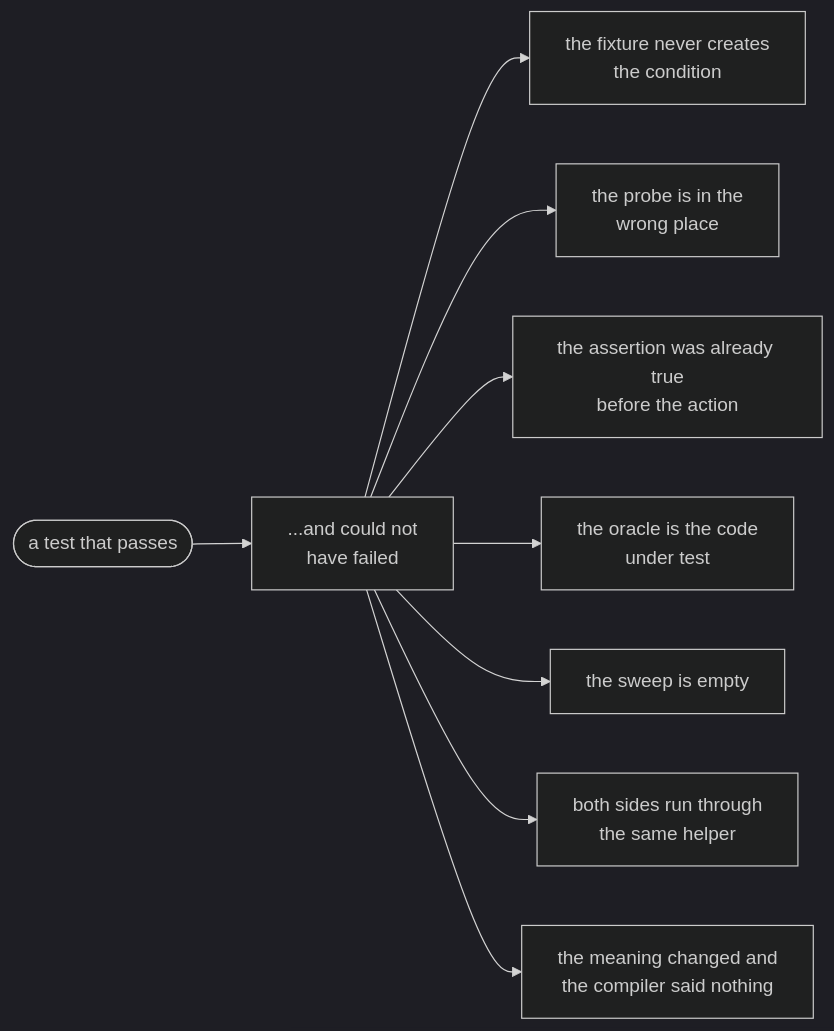
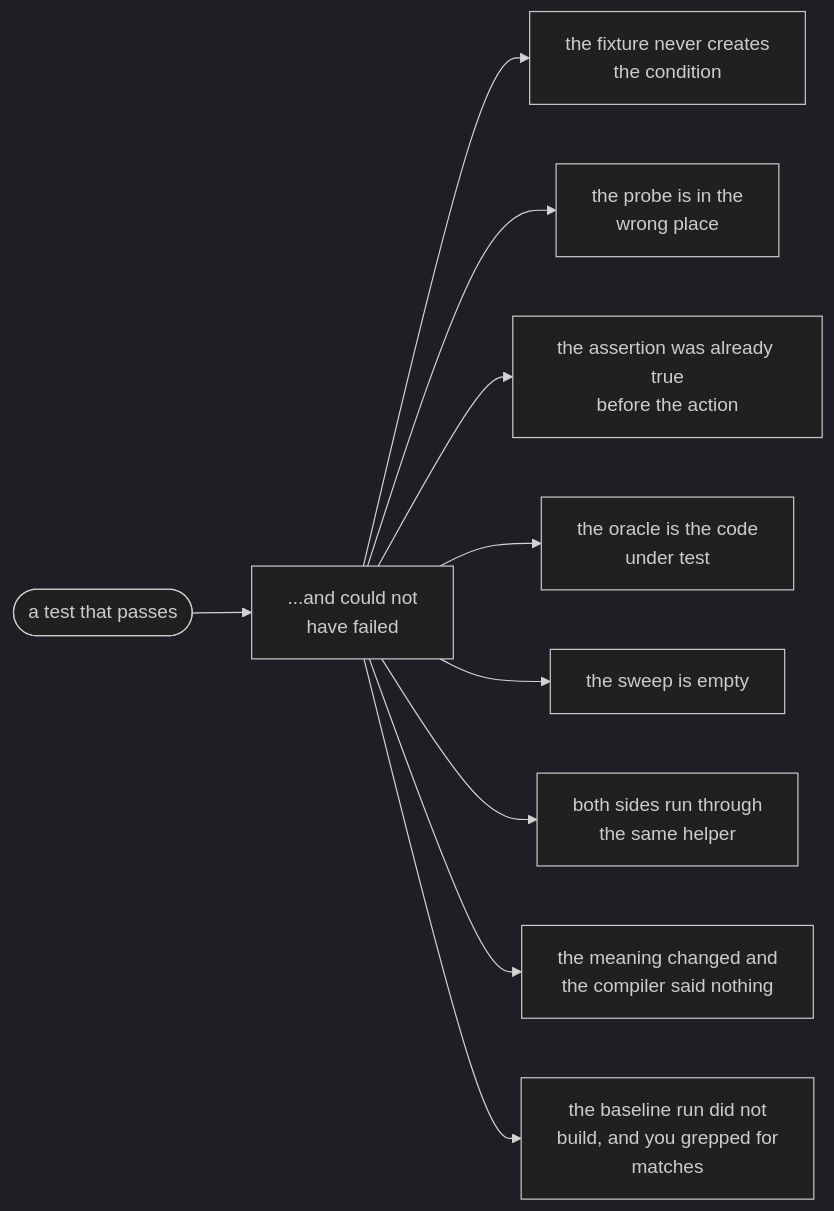
One commit to panyam/agni changed the third of 3 diagrams in docsite/content/build/evidence.md. Above: the diagram before and after it, drawn with Mermaid (dark theme). The commit also changed other lines of this file and 4 other files, not shown here.

````diff
--- a/docsite/content/build/evidence.md
+++ b/docsite/content/build/evidence.md
@@ -140,11 +157,12 @@
 ```mermaid
 flowchart LR
     G(["a test that passes"]) --> W["...and could not<br/>have failed"]
     W --> A["the fixture never creates<br/>the condition"]
     W --> B["the probe is in the<br/>wrong place"]
     W --> C["the assertion was already true<br/>before the action"]
     W --> D["the oracle is the code<br/>under test"]
     W --> E["the sweep is empty"]
     W --> F["both sides run through<br/>the same helper"]
     W --> H["the meaning changed and<br/>the compiler said nothing"]
+    W --> I["the baseline run did not<br/>build, and you grepped for<br/>matches"]
 ```
````
